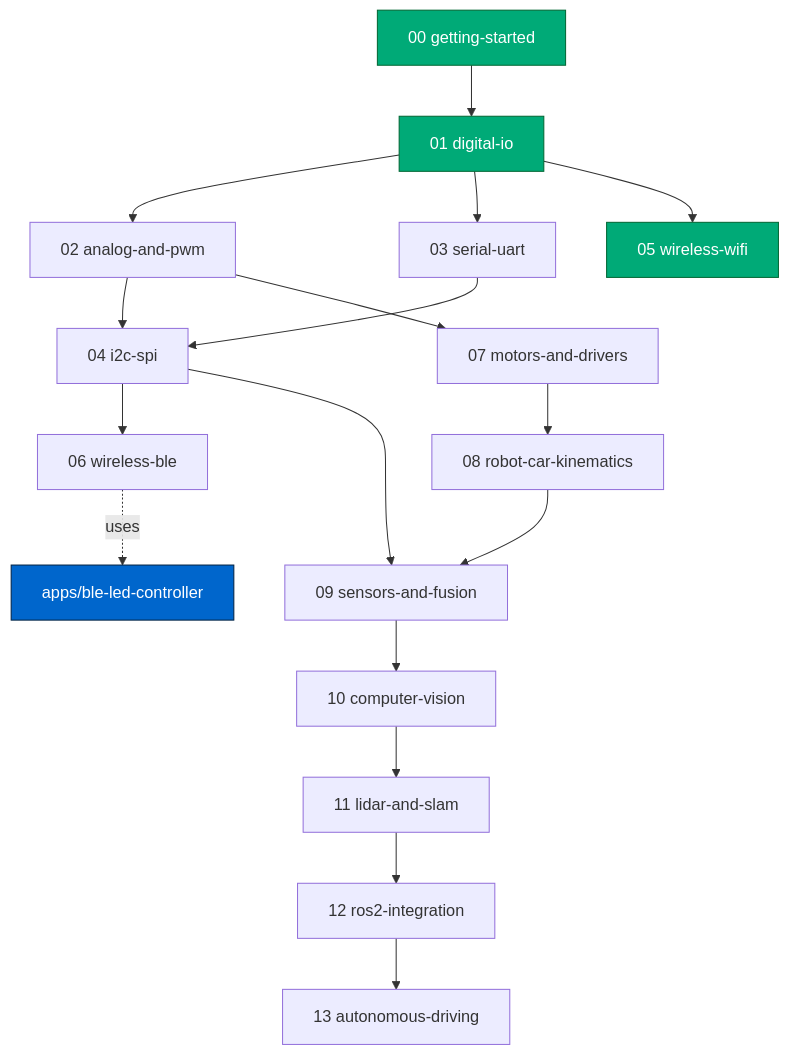
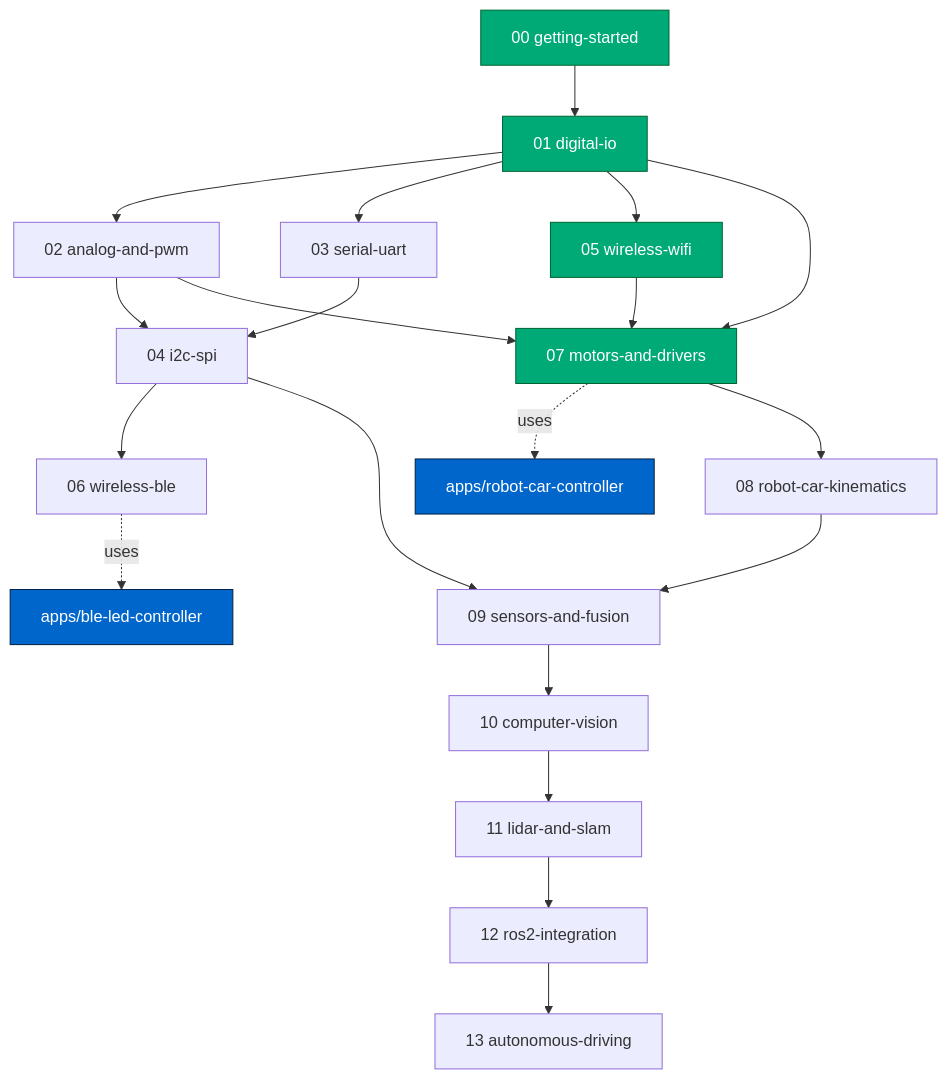
The diagram in docs/curriculum.md (Youngermaster/Hands-On-Robotics), drawn with Mermaid before and after one commit. The commit also changed other lines of this file and 75 other files, not shown here.

First line of the commit message:
feat(robot-car): add WebSocket transport for ESP32 robot car control

````diff
--- a/docs/curriculum.md
+++ b/docs/curriculum.md
@@ -8,22 +8,25 @@
 ```mermaid
 flowchart TD
   M00[00 getting-started]:::done --> M01[01 digital-io]:::done
   M01 --> M02[02 analog-and-pwm]
   M01 --> M03[03 serial-uart]
   M02 --> M04[04 i2c-spi]
   M03 --> M04
   M01 --> M05[05 wireless-wifi]:::done
   M04 --> M06[06 wireless-ble]
+  M05 --> M07[07 robot-car]:::done
+  M01 --> M07
+  M07 -.uses.-> APP2[apps/robot-car-controller]:::app
   M02 --> M07[07 motors-and-drivers]
   M07 --> M08[08 robot-car-kinematics]
   M04 --> M09[09 sensors-and-fusion]
   M08 --> M09
   M09 --> M10[10 computer-vision]
   M10 --> M11[11 lidar-and-slam]
   M11 --> M12[12 ros2-integration]
   M12 --> M13[13 autonomous-driving]
   M06 -.uses.-> APP[apps/ble-led-controller]:::app
 
   classDef done fill:#0a7,stroke:#063,color:#fff
   classDef app fill:#06c,stroke:#024,color:#fff
 ```
````
